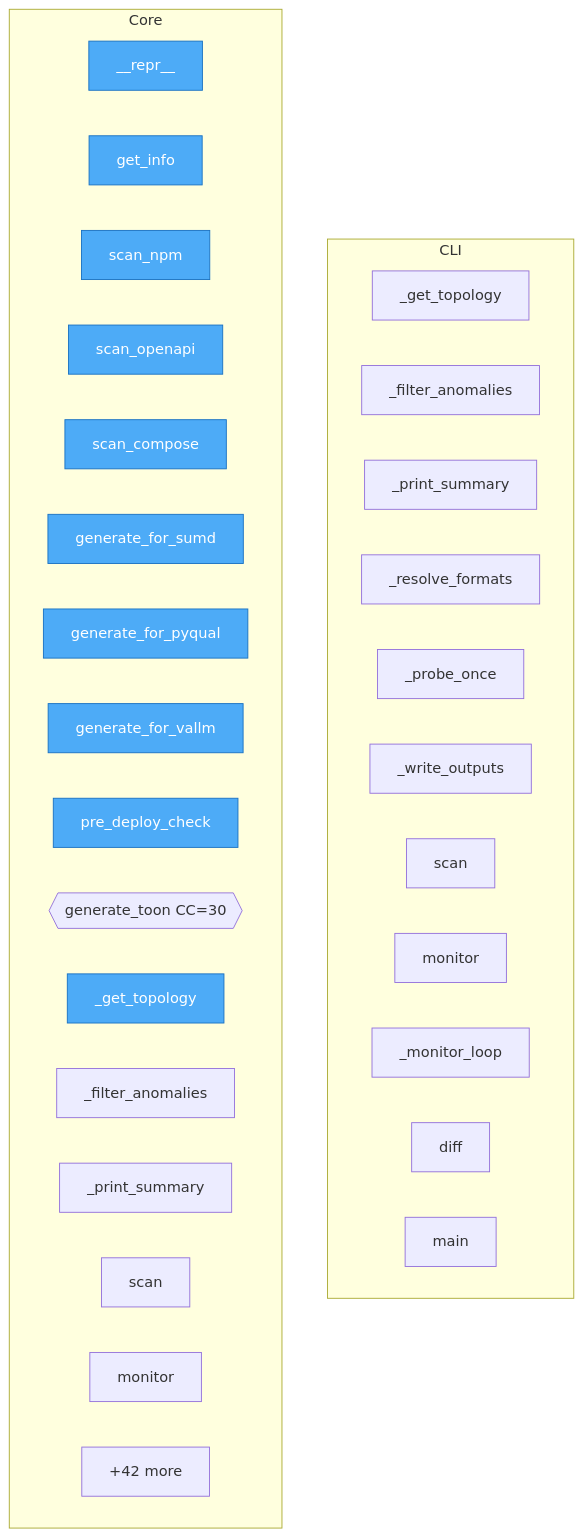
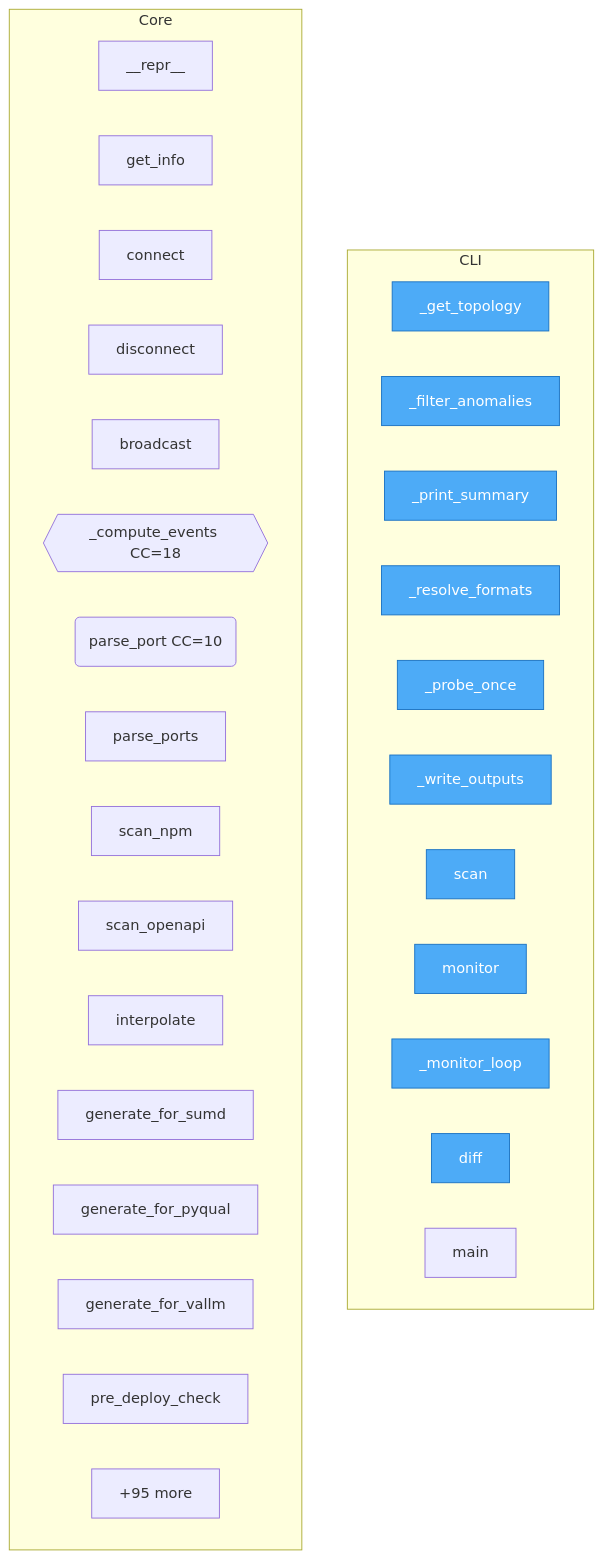
One commit to semcod/deta changed the diagram in project/flow.mmd. Above: the diagram before and after it, drawn with Mermaid. The commit also changed 32 other files, not shown here.

```diff
--- a/project/flow.mmd
+++ b/project/flow.mmd
@@ -1,39 +1,39 @@
 flowchart TD
 
     %% Entry points (blue)
     classDef entry fill:#4dabf7,stroke:#1971c2,color:#fff
 
     subgraph CLI
         deta__cli___get_topology["_get_topology"]
         deta__cli___filter_anomalies["_filter_anomalies"]
         deta__cli___print_summary["_print_summary"]
         deta__cli___resolve_formats["_resolve_formats"]
         deta__cli___probe_once["_probe_once"]
         deta__cli___write_outputs["_write_outputs"]
         deta__cli__scan["scan"]
         deta__cli__monitor["monitor"]
         deta__cli___monitor_loop["_monitor_loop"]
         deta__cli__diff["diff"]
         deta__cli__main["main"]
     end
 
     subgraph Core
         deta__core__Wup____repr__["__repr__"]
         deta__core__Wup__get_info["get_info"]
+        deta__web__app__ConnectionManager__connect["connect"]
+        deta__web__app__ConnectionManager__disconnect["disconnect"]
+        deta__web__app__ConnectionManager__broadcast["broadcast"]
+        deta__web__app___compute_events{{_compute_events CC=18}}
+        deta__scanner__ports__parse_port("parse_port CC=10")
+        deta__scanner__ports__parse_ports["parse_ports"]
         deta__scanner__npm__scan_npm["scan_npm"]
         deta__scanner__openapi__scan_openapi["scan_openapi"]
-        deta__scanner__compose__scan_compose["scan_compose"]
+        deta__scanner__env__interpolate["interpolate"]
         deta__integration__semcod__generate_for_sumd["generate_for_sumd"]
         deta__integration__semcod__generate_for_pyqual["generate_for_pyqual"]
         deta__integration__semcod__generate_for_vallm["generate_for_vallm"]
         deta__integration__semcod__pre_deploy_check["pre_deploy_check"]
-        deta__formatter__toon__generate_toon{{generate_toon CC=30}}
-        project__map__toon___get_topology["_get_topology"]
-        project__map__toon___filter_anomalies["_filter_anomalies"]
-        project__map__toon___print_summary["_print_summary"]
-        project__map__toon__scan["scan"]
-        project__map__toon__monitor["monitor"]
-        ...["+42 more"]
+        ...["+95 more"]
     end
 
-    class deta__core__Wup____repr__,deta__core__Wup__get_info,deta__scanner__npm__scan_npm,deta__scanner__openapi__scan_openapi,deta__scanner__compose__scan_compose,deta__integration__semcod__generate_for_sumd,deta__integration__semcod__generate_for_pyqual,deta__integration__semcod__generate_for_vallm,deta__integration__semcod__pre_deploy_check,project__map__toon___get_topology entry
+    class deta__cli___get_topology,deta__cli___filter_anomalies,deta__cli___print_summary,deta__cli___resolve_formats,deta__cli___probe_once,deta__cli___write_outputs,deta__cli__scan,deta__cli__monitor,deta__cli___monitor_loop,deta__cli__diff entry
```
